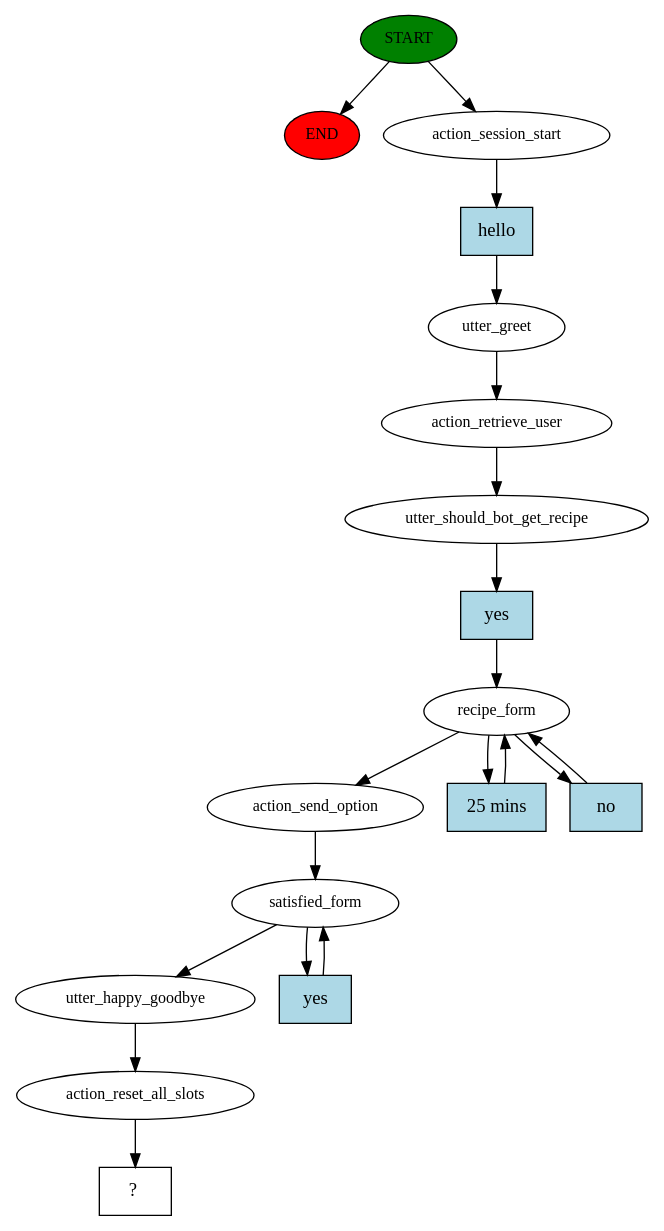
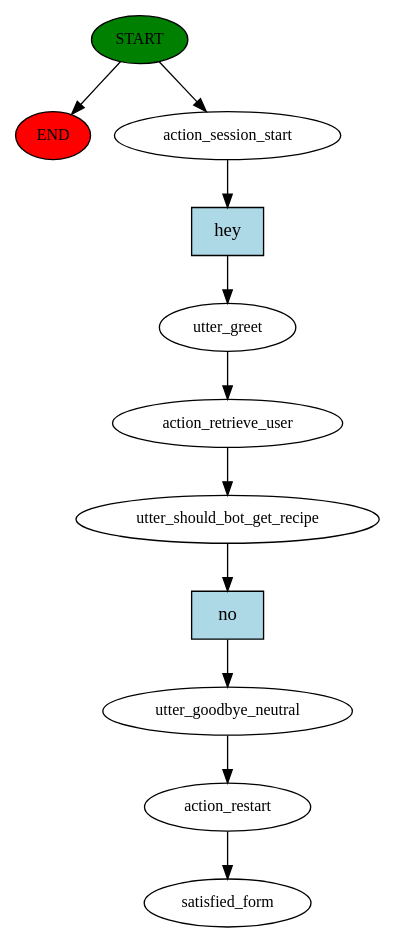
Before and after one commit to erees1/chefbot: the diagram in bot/story_graph.dot, drawn with Graphviz. The commit also changed 9 other files, not shown here.

Commit message:
Updated dialogue flow

```diff
--- a/bot/story_graph.dot
+++ b/bot/story_graph.dot
@@ -1,38 +1,23 @@
 digraph  {
 0 [class="start active", fillcolor=green, fontsize=12, label=START, style=filled];
 "-1" [class=end, fillcolor=red, fontsize=12, label=END, style=filled];
 1 [class=active, fontsize=12, label=action_session_start];
 2 [class=active, fontsize=12, label=utter_greet];
 3 [class=active, fontsize=12, label=action_retrieve_user];
 4 [class=active, fontsize=12, label=utter_should_bot_get_recipe];
-5 [class=active, fontsize=12, label=recipe_form];
-9 [class=active, fontsize=12, label=action_send_option];
-10 [class=active, fontsize=12, label=satisfied_form];
-12 [class=active, fontsize=12, label=utter_happy_goodbye];
-13 [class=active, fontsize=12, label=action_reset_all_slots];
-14 [class="intent dashed active", label="  ?  ", shape=rect];
-15 [class="intent active", fillcolor=lightblue, label=hello, shape=rect, style=filled];
-16 [class="intent active", fillcolor=lightblue, label=yes, shape=rect, style=filled];
-17 [class="intent active", fillcolor=lightblue, label="25 mins", shape=rect, style=filled];
-18 [class="intent active", fillcolor=lightblue, label=no, shape=rect, style=filled];
-19 [class="intent active", fillcolor=lightblue, label=yes, shape=rect, style=filled];
+5 [class=active, fontsize=12, label=utter_goodbye_neutral];
+6 [class=active, fontsize=12, label=action_restart];
+7 [class="dashed active", fontsize=12, label=satisfied_form];
+8 [class="intent active", fillcolor=lightblue, label=hey, shape=rect, style=filled];
+9 [class="intent active", fillcolor=lightblue, label=no, shape=rect, style=filled];
 0 -> "-1"  [class="", key=NONE, label=""];
 0 -> 1  [class=active, key=NONE, label=""];
-1 -> 15  [class=active, key=0];
+1 -> 8  [class=active, key=0];
 2 -> 3  [class=active, key=NONE, label=""];
 3 -> 4  [class=active, key=NONE, label=""];
-4 -> 16  [class=active, key=0];
-5 -> 9  [class=active, key=NONE, label=""];
-5 -> 17  [class=active, key=0];
-5 -> 18  [class=active, key=0];
-9 -> 10  [class=active, key=NONE, label=""];
-10 -> 12  [class=active, key=NONE, label=""];
-10 -> 19  [class=active, key=0];
-12 -> 13  [class=active, key=NONE, label=""];
-13 -> 14  [class=active, key=NONE, label=""];
-15 -> 2  [class=active, key=0];
-16 -> 5  [class=active, key=0];
-17 -> 5  [class=active, key=0];
-18 -> 5  [class=active, key=0];
-19 -> 10  [class=active, key=0];
+4 -> 9  [class=active, key=0];
+5 -> 6  [class=active, key=NONE, label=""];
+6 -> 7  [class=active, key=NONE, label=""];
+8 -> 2  [class=active, key=0];
+9 -> 5  [class=active, key=0];
 }
```
